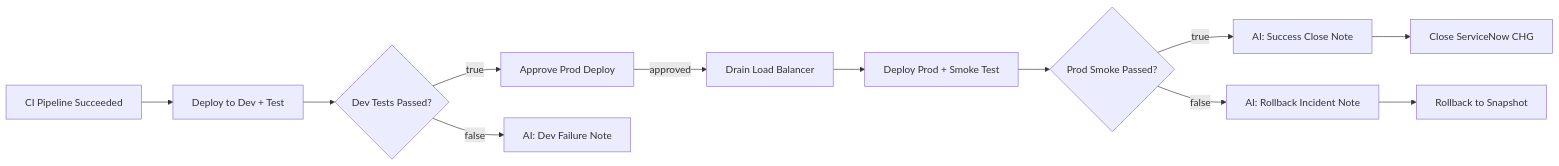
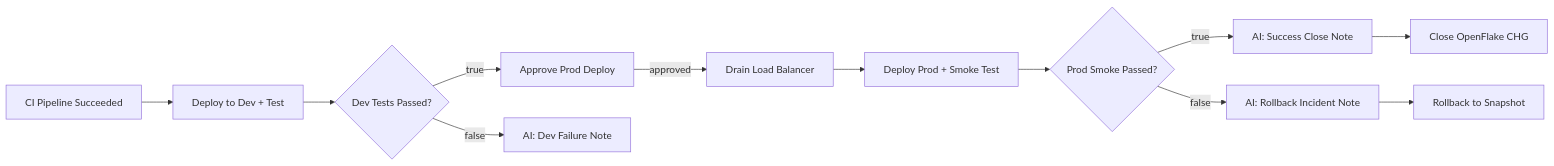
Before and after one commit to ansible-tmm/aap-orchestrator-demos: the diagram in cicd-pipeline/workflow.mermaid, drawn with Mermaid. The commit also changed 15 other files, not shown here.

First line of the commit message:
Retarget CI/CD ITSM updates to OpenFlake Table API.

```diff
--- a/cicd-pipeline/workflow.mermaid
+++ b/cicd-pipeline/workflow.mermaid
@@ -1,12 +1,12 @@
 flowchart LR
   A[CI Pipeline Succeeded] --> B[Deploy to Dev + Test]
   B --> C{Dev Tests Passed?}
   C -->|true| D[Approve Prod Deploy]
   C -->|false| E[AI: Dev Failure Note]
   D -->|approved| F[Drain Load Balancer]
   F --> G[Deploy Prod + Smoke Test]
   G --> H{Prod Smoke Passed?}
   H -->|true| I[AI: Success Close Note]
   H -->|false| J[AI: Rollback Incident Note]
-  I --> K[Close ServiceNow CHG]
+  I --> K[Close OpenFlake CHG]
   J --> L[Rollback to Snapshot]
```
